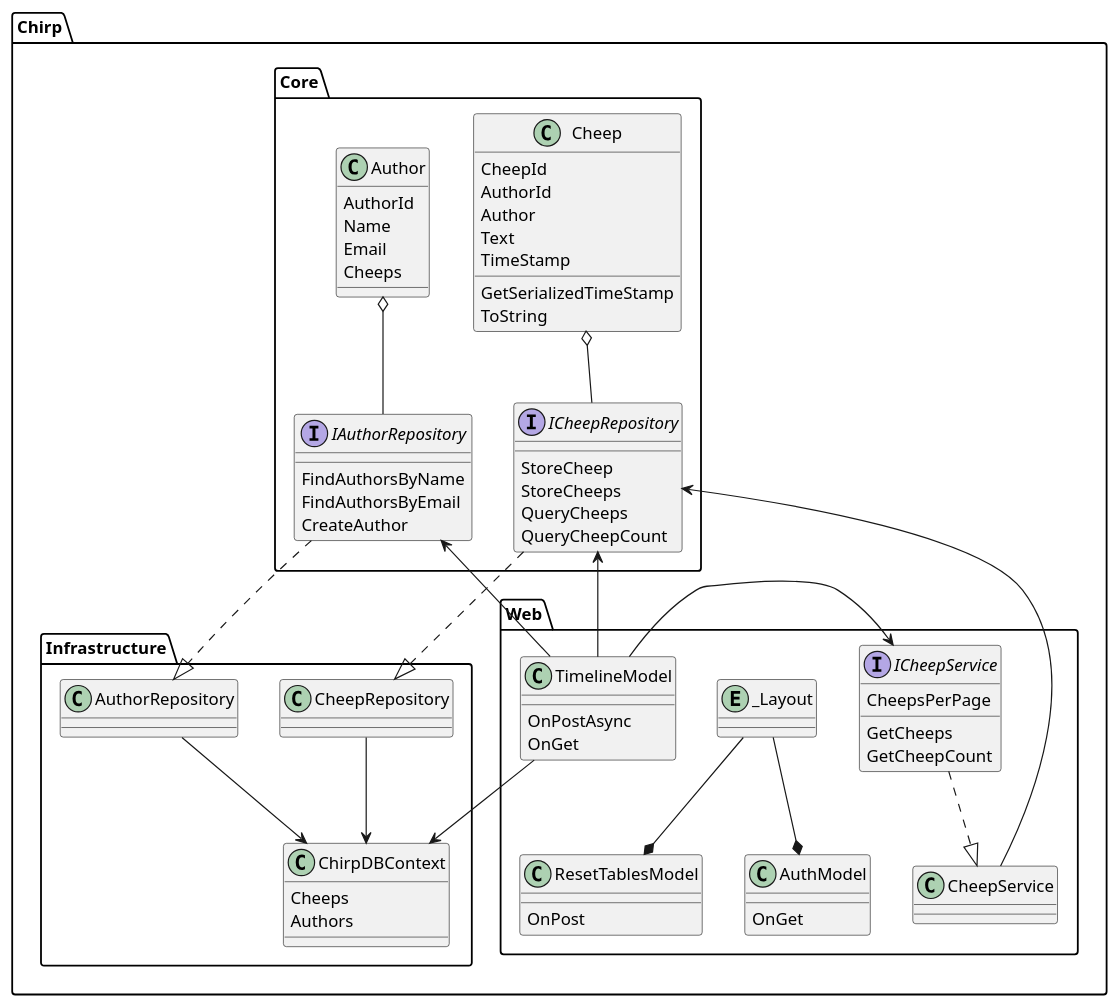
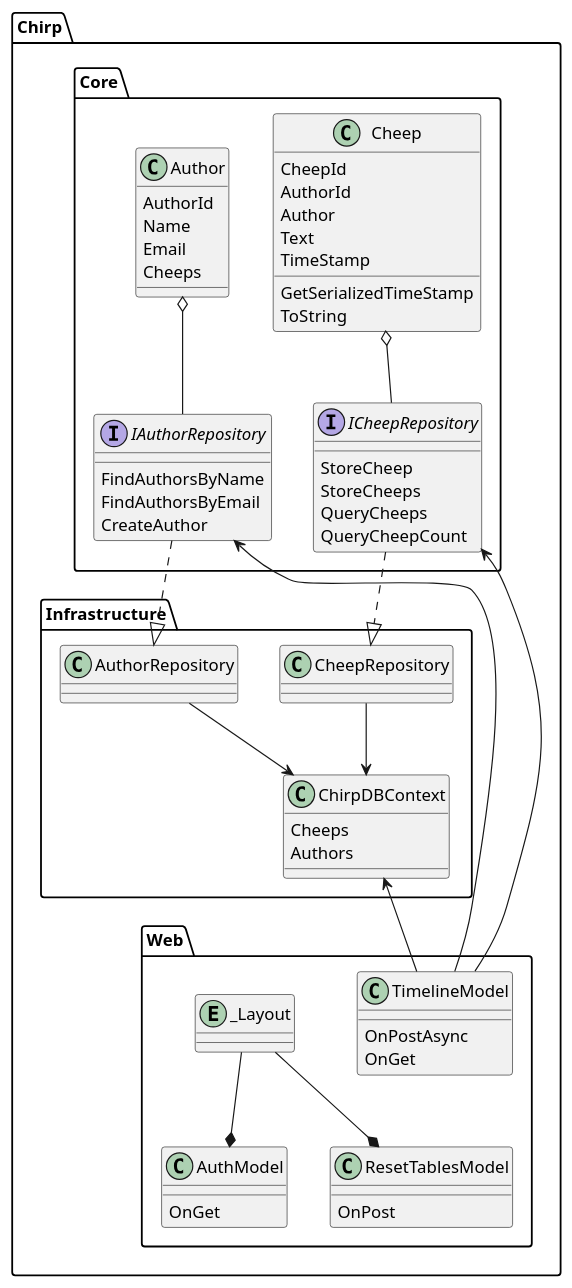
One commit to ITU-BDSA23-GROUP3/Chirp changed the diagram in diagrams/chirp.puml. Above: the diagram before and after it, drawn with PlantUML. The commit also changed 24 other files, not shown here.

First line of the commit message:
Topic/architectural changes (#153)

```diff
--- a/diagrams/chirp.puml
+++ b/diagrams/chirp.puml
@@ -1,90 +1,79 @@
 @startuml
 package Chirp.Core {
     interface IAuthorRepository {
         {method} FindAuthorsByName
         {method} FindAuthorsByEmail
         {method} CreateAuthor
         
     }
     interface ICheepRepository {
         {method} StoreCheep
         {method} StoreCheeps
         {method} QueryCheeps
         {method} QueryCheepCount
     }
     class Author
     {
         AuthorId
         Name
         Email
         Cheeps
     }
     
     class Cheep
     {
         CheepId
         AuthorId
         Author
         Text
         TimeStamp
         {method}GetSerializedTimeStamp
         {method}ToString
     }
     Author o-- IAuthorRepository
     Cheep o-- ICheepRepository
 }
 
 package Chirp.Infrastructure {
     class AuthorRepository {
     }
     
     class CheepRepository {
     }
     
     class ChirpDBContext{
         Cheeps
         Authors
     }
 
     IAuthorRepository ..|> AuthorRepository
     ICheepRepository ..|> CheepRepository
     AuthorRepository --> ChirpDBContext
     CheepRepository --> ChirpDBContext
 }
 
 package Chirp.Web {
-    interface ICheepService {
-        CheepsPerPage
-        {method} GetCheeps
-        {method} GetCheepCount
-    }
-    
-    class CheepService {
-    }
     
     class TimelineModel {
         {method} OnPostAsync
         {method} OnGet
     }
     
     class AuthModel {
         {method} OnGet
     }
     
     class ResetTablesModel{
         {method} OnPost
     }
     
     entity _Layout{}
     
-    ICheepService ..|> CheepService
-    CheepService --> ICheepRepository
     TimelineModel -up-> ICheepRepository
     TimelineModel -up-> IAuthorRepository
     TimelineModel -up-> ChirpDBContext
-    TimelineModel -right-> ICheepService
     _Layout --* AuthModel
     _Layout --* ResetTablesModel
     
 }
 @enduml
```
